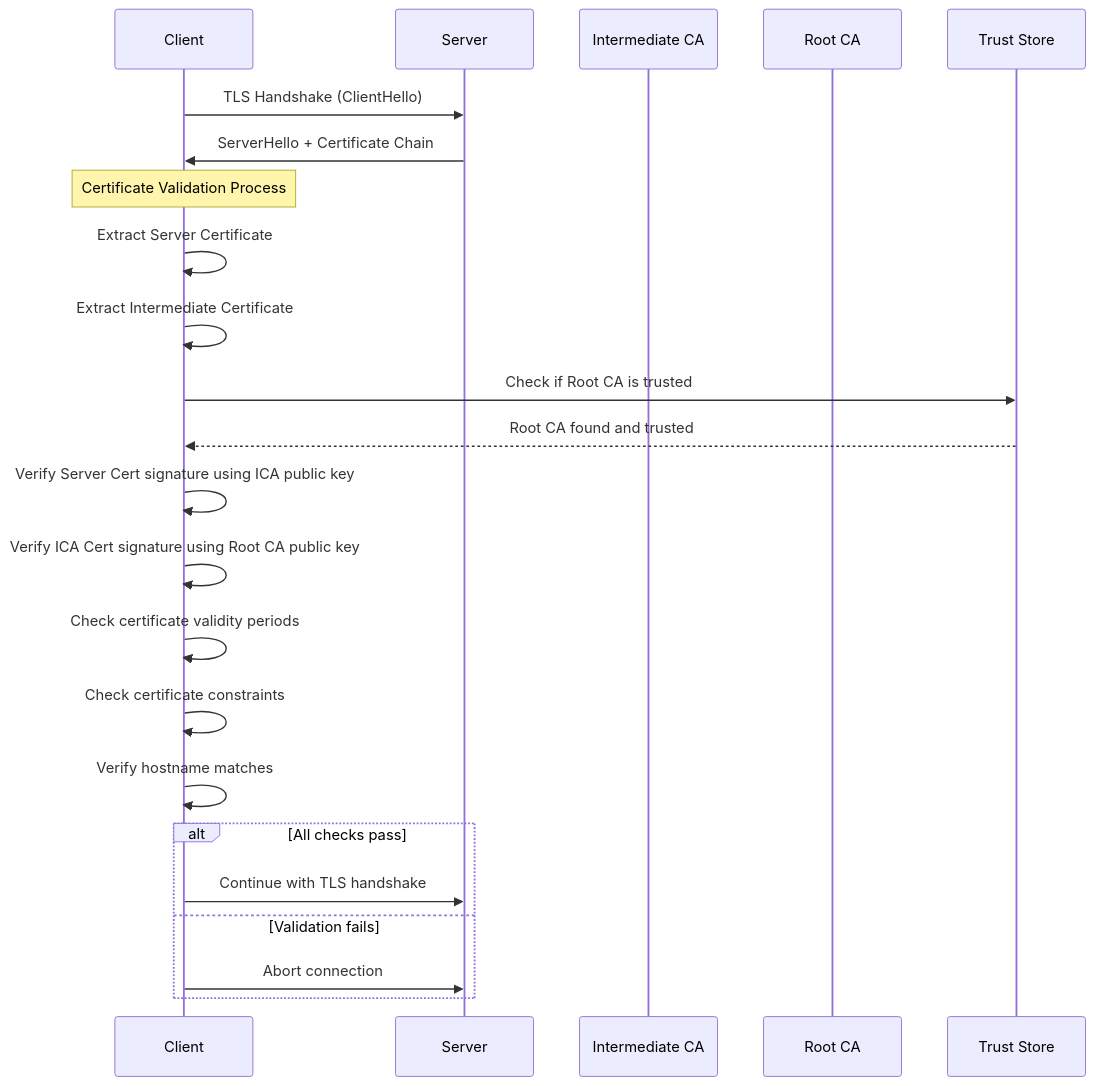
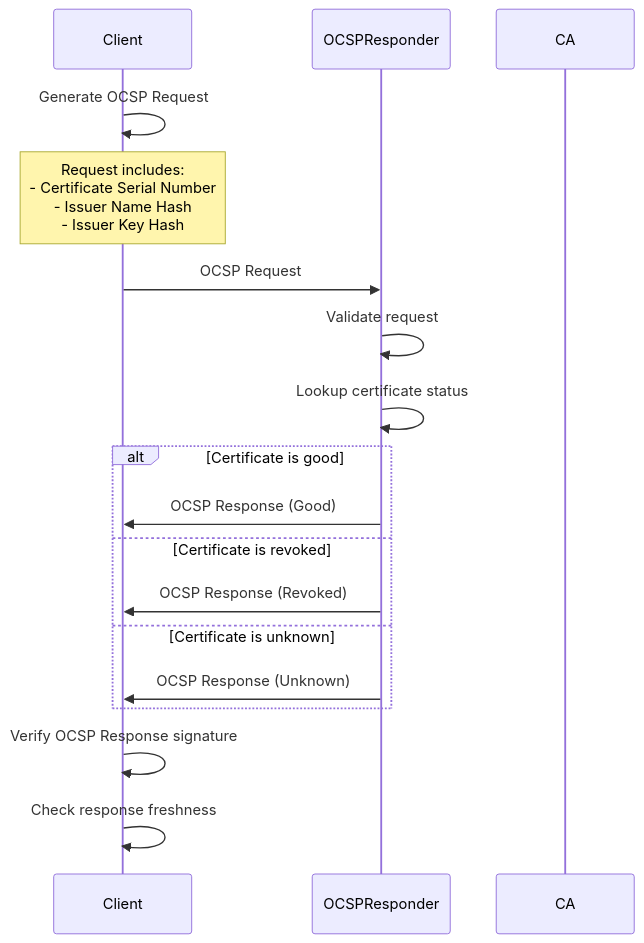
One commit to gtnao/viblog changed the fourth of 6 diagrams in articles/security/pki.md. Above: the diagram before and after it, drawn with Mermaid. The commit also changed other lines of this file and 1 other file, not shown here.

````diff
--- a/articles/security/pki.md
+++ b/articles/security/pki.md
@@ -56,31 +332,25 @@
 ```mermaid
 sequenceDiagram
     participant Client
-    participant Server
-    participant ICA as Intermediate CA
-    participant RCA as Root CA
-    participant TS as Trust Store
+    participant OCSPResponder
+    participant CA
     
-    Client->>Server: TLS Handshake (ClientHello)
-    Server->>Client: ServerHello + Certificate Chain
+    Client->>Client: Generate OCSP Request
+    Note over Client: Request includes:<br/>- Certificate Serial Number<br/>- Issuer Name Hash<br/>- Issuer Key Hash
     
-    Note over Client: Certificate Validation Process
-    Client->>Client: Extract Server Certificate
-    Client->>Client: Extract Intermediate Certificate
+    Client->>OCSPResponder: OCSP Request
     
-    Client->>TS: Check if Root CA is trusted
-    TS-->>Client: Root CA found and trusted
+    OCSPResponder->>OCSPResponder: Validate request
+    OCSPResponder->>OCSPResponder: Lookup certificate status
     
-    Client->>Client: Verify Server Cert signature using ICA public key
-    Client->>Client: Verify ICA Cert signature using Root CA public key
+    alt Certificate is good
+        OCSPResponder->>Client: OCSP Response (Good)
+    else Certificate is revoked
+        OCSPResponder->>Client: OCSP Response (Revoked)
+    else Certificate is unknown
+        OCSPResponder->>Client: OCSP Response (Unknown)
+    end
     
-    Client->>Client: Check certificate validity periods
-    Client->>Client: Check certificate constraints
-    Client->>Client: Verify hostname matches
-    
-    alt All checks pass
-        Client->>Server: Continue with TLS handshake
-    else Validation fails
-        Client->>Server: Abort connection
-    end
+    Client->>Client: Verify OCSP Response signature
+    Client->>Client: Check response freshness
 ```
````
